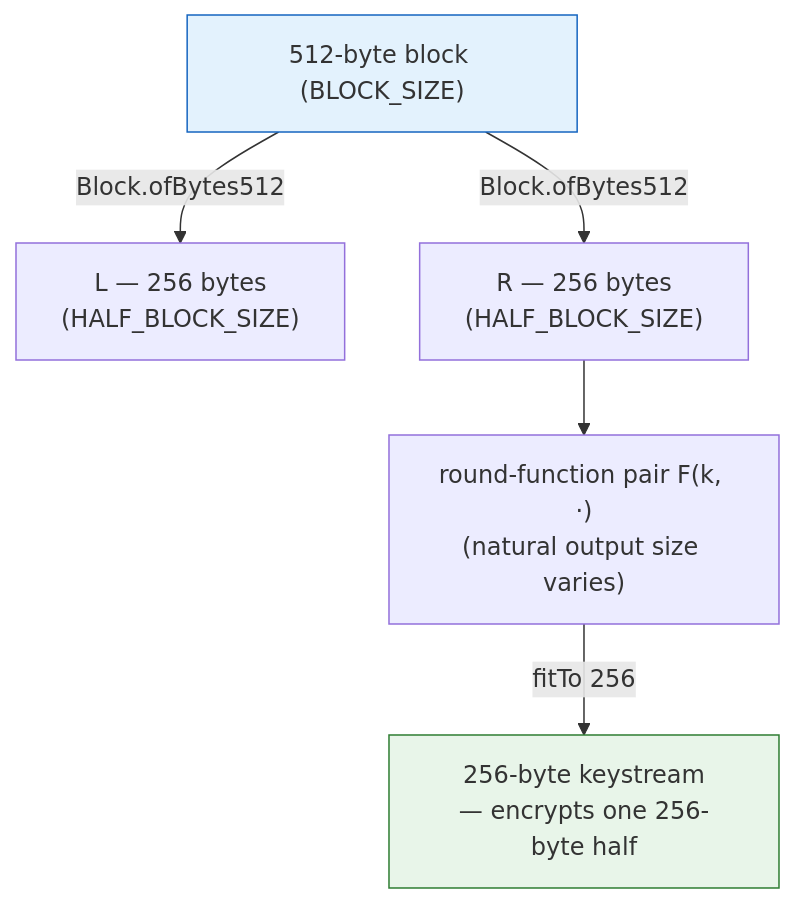
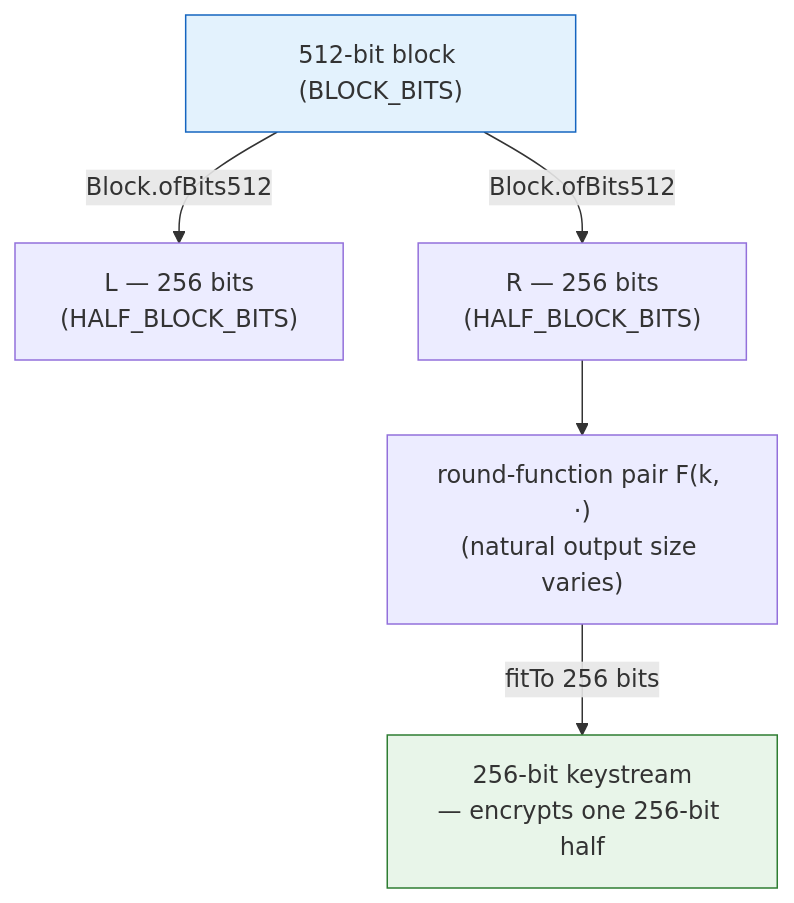
Before and after one commit to locusf/blackworm: the first of 5 diagrams in docs/cipher-visualization.md, drawn with Mermaid. The commit also changed other lines of this file and 47 other files, not shown here.

````diff
--- a/docs/cipher-visualization.md
+++ b/docs/cipher-visualization.md
@@ -54,10 +55,10 @@
 ```mermaid
 flowchart TB
-    B["512-byte block (BLOCK_SIZE)"]
-    B -->|"Block.ofBytes512"| L["L — 256 bytes\n(HALF_BLOCK_SIZE)"]
-    B -->|"Block.ofBytes512"| R["R — 256 bytes\n(HALF_BLOCK_SIZE)"]
+    B["512-bit block (BLOCK_BITS)"]
+    B -->|"Block.ofBits512"| L["L — 256 bits\n(HALF_BLOCK_BITS)"]
+    B -->|"Block.ofBits512"| R["R — 256 bits\n(HALF_BLOCK_BITS)"]
     R --> F["round-function pair F(k, ·)\n(natural output size varies)"]
-    F -->|"fitTo 256"| OUT["256-byte keystream\n— encrypts one 256-byte half"]
+    F -->|"fitTo 256 bits"| OUT["256-bit keystream\n— encrypts one 256-bit half"]
     style B fill:#e3f2fd,stroke:#1565c0
     style OUT fill:#e8f5e9,stroke:#2e7d32
 ```
````
